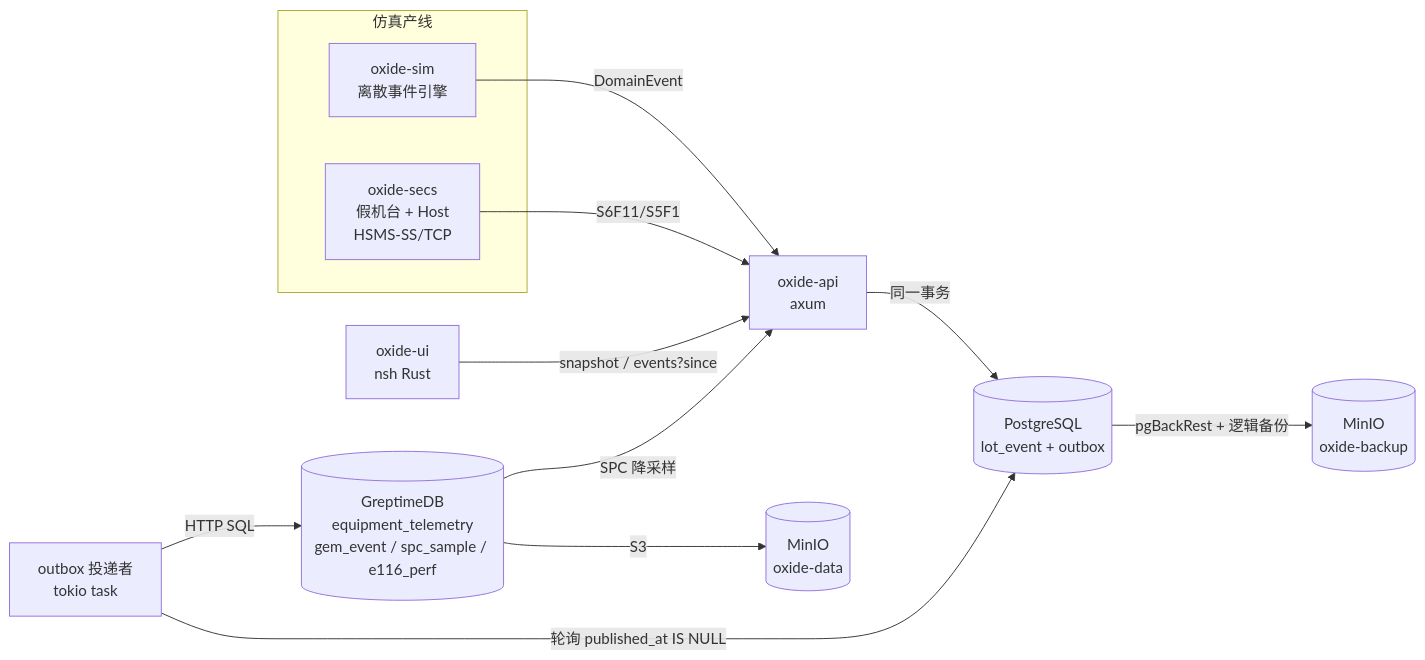
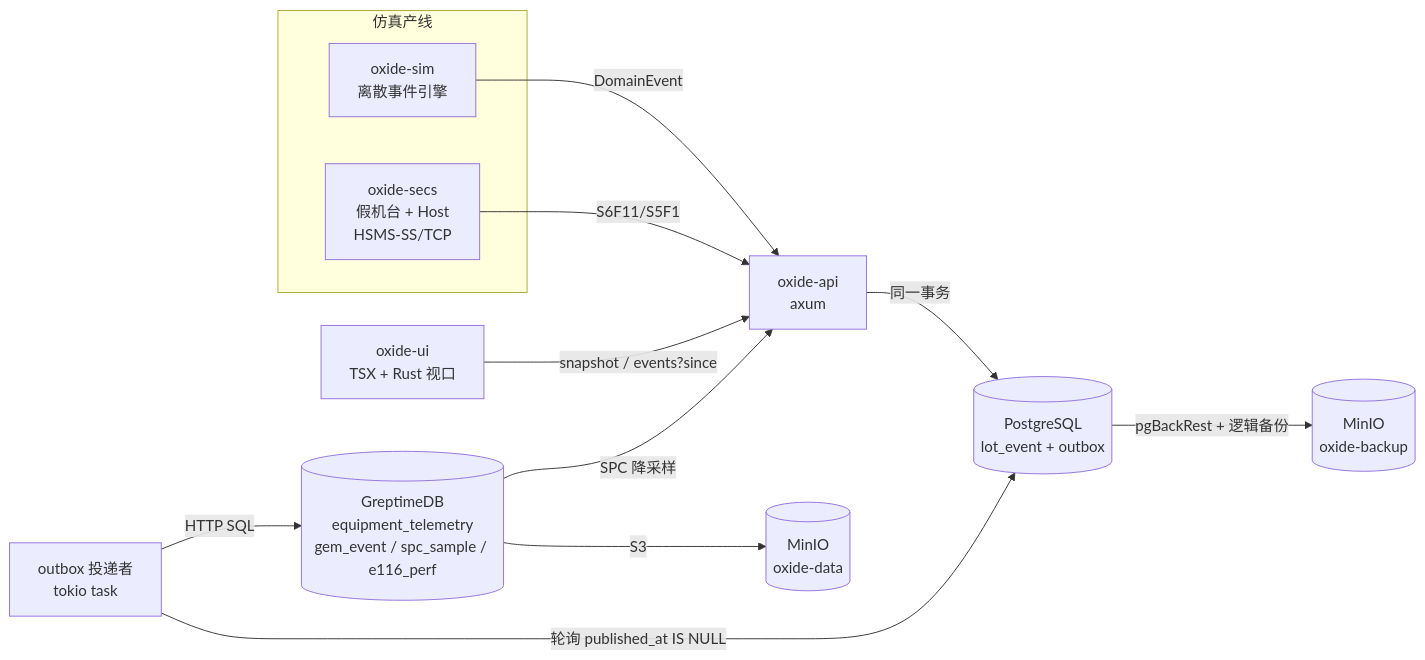
Before and after one commit to fw6/oxide-fab: the first of 2 diagrams in README.md, drawn with Mermaid. The commit also changed other lines of this file and 60 other files, not shown here.

````diff
--- a/README.md
+++ b/README.md
@@ -110,19 +119,19 @@
 ```mermaid
 flowchart LR
     subgraph Floor[仿真产线]
         SIM[oxide-sim<br/>离散事件引擎]
         SECS[oxide-secs<br/>假机台 + Host<br/>HSMS-SS/TCP]
     end
 
     SIM -->|DomainEvent| API[oxide-api<br/>axum]
     API -->|同一事务| PG[(PostgreSQL<br/>lot_event + outbox)]
     SECS -->|S6F11/S5F1| API
 
     PUB[outbox 投递者<br/>tokio task] -->|轮询 published_at IS NULL| PG
     PUB -->|HTTP SQL| GT[(GreptimeDB<br/>equipment_telemetry<br/>gem_event / spc_sample / e116_perf)]
     GT -->|S3| S3[(MinIO<br/>oxide-data)]
     PG -->|pgBackRest + 逻辑备份| S3B[(MinIO<br/>oxide-backup)]
 
-    UI[oxide-ui<br/>nsh Rust] -->|snapshot / events?since| API
+    UI[oxide-ui<br/>TSX + Rust 视口] -->|snapshot / events?since| API
     GT -->|SPC 降采样| API
 ```
````
